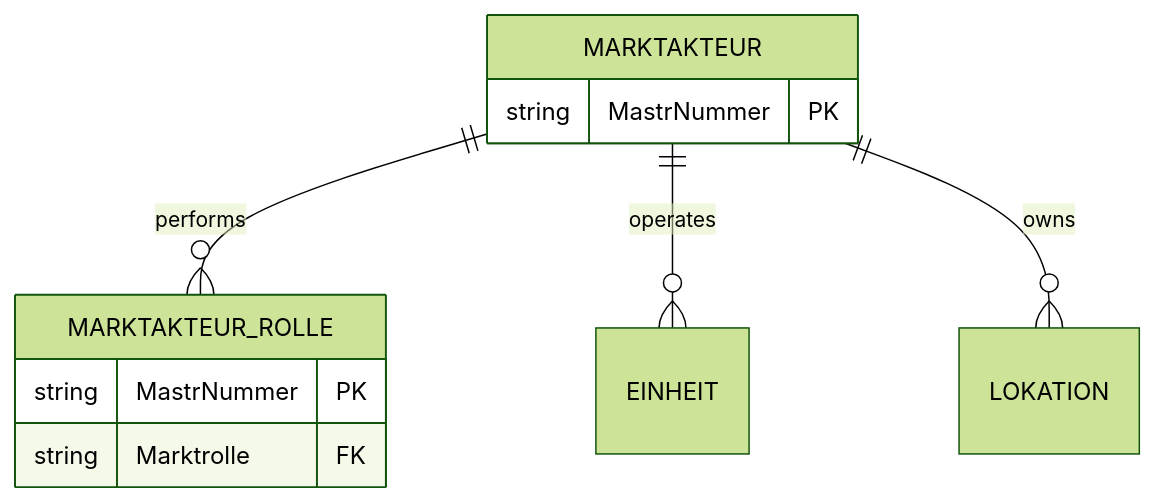
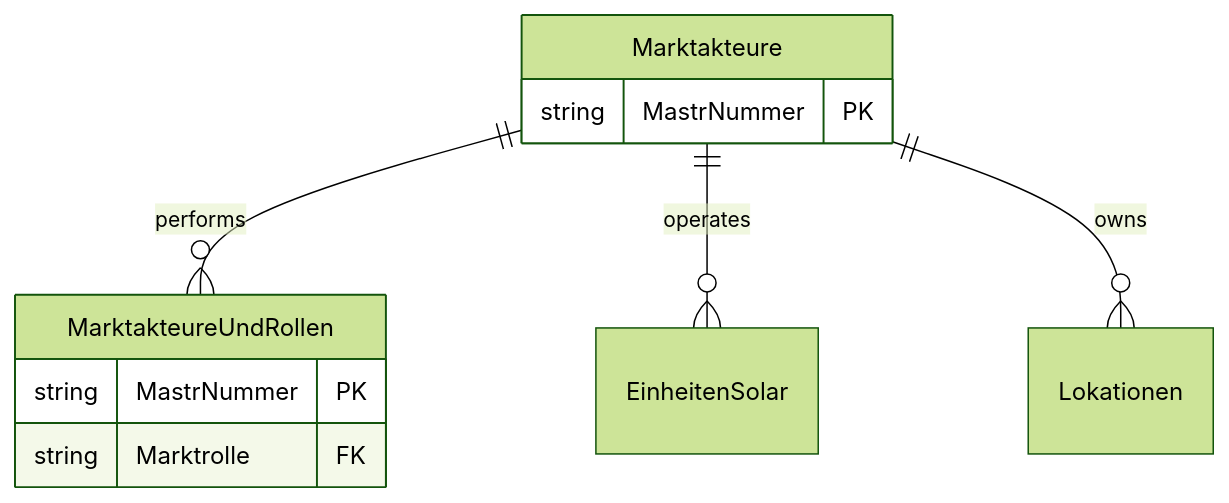
One commit to zavalit/mastRpiece changed the fifth of 5 diagrams in docs/data-relationships.md. Above: the diagram before and after it, drawn with Mermaid (forest theme). The commit also changed other lines of this file, not shown here.

````diff
--- a/docs/data-relationships.md
+++ b/docs/data-relationships.md
@@ -117,14 +112,14 @@
 ```mermaid
 erDiagram
-    MARKTAKTEUR ||--o{ MARKTAKTEUR_ROLLE : "performs"
-    MARKTAKTEUR ||--o{ EINHEIT : "operates"
-    MARKTAKTEUR ||--o{ LOKATION : "owns"
+    Marktakteure ||--o{ MarktakteureUndRollen : "performs"
+    Marktakteure ||--o{ EinheitenSolar : "operates"
+    Marktakteure ||--o{ Lokationen : "owns"
 
-    MARKTAKTEUR {
+    Marktakteure {
         string MastrNummer PK
     }
-    MARKTAKTEUR_ROLLE {
+    MarktakteureUndRollen {
         string MastrNummer PK
         string Marktrolle FK
     }
 ```
````
